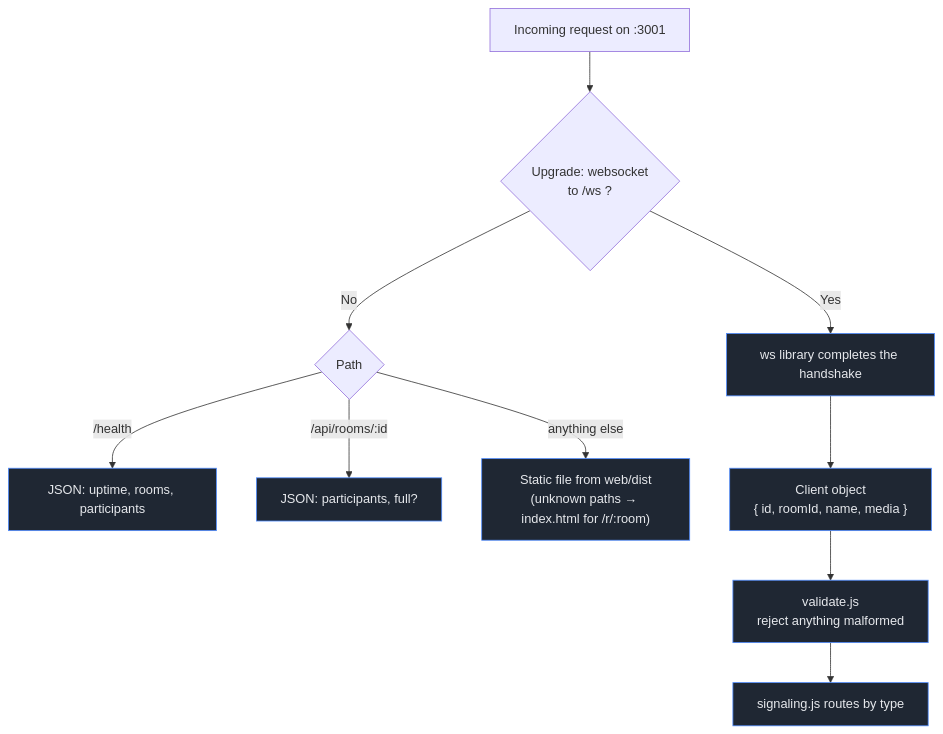
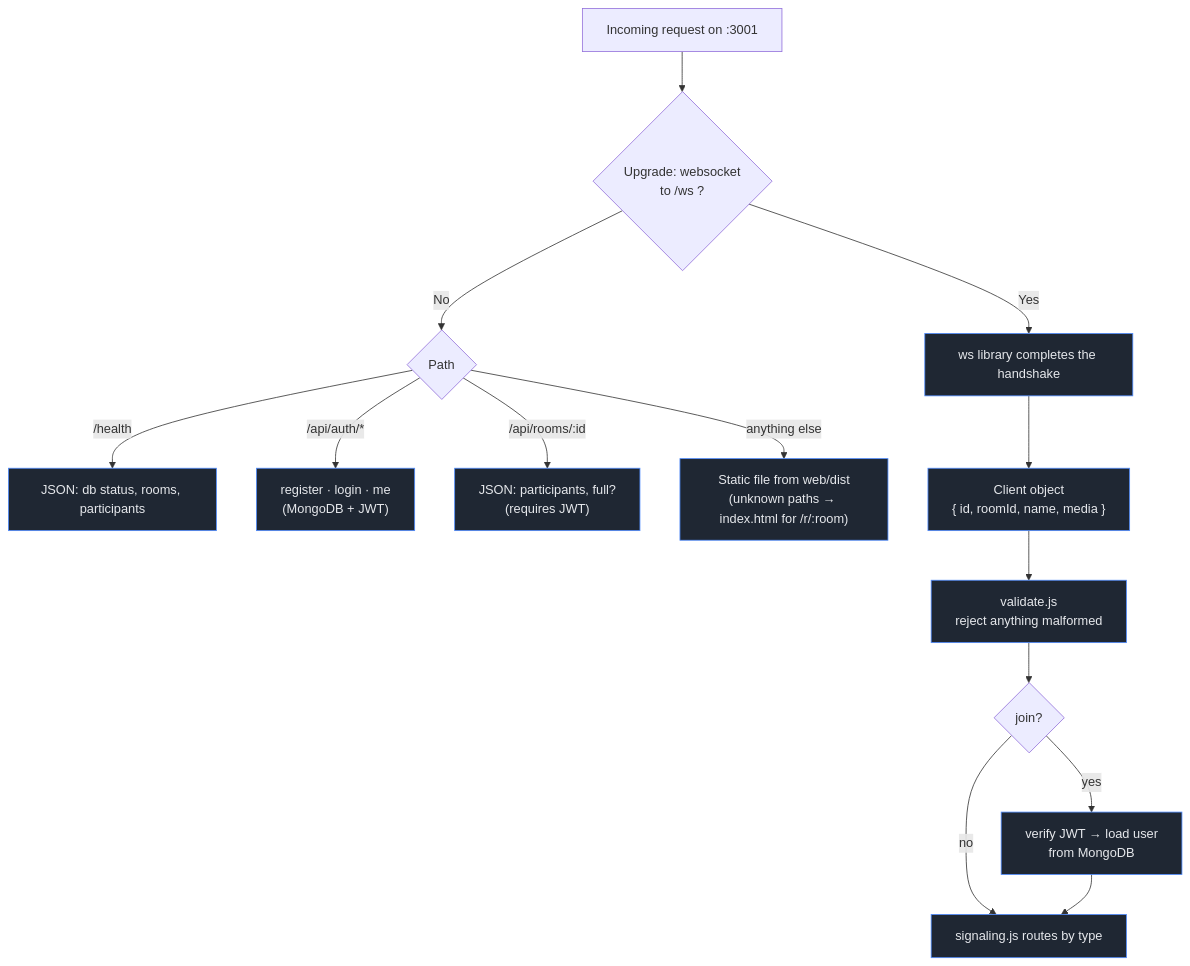
Before and after one commit to HarishVerma-UI/video-call-app: the fifth of 8 diagrams in ARCHITECTURE.md, drawn with Mermaid. The commit also changed other lines of this file and 47 other files, not shown here.

````diff
--- a/ARCHITECTURE.md
+++ b/ARCHITECTURE.md
@@ -118,16 +186,20 @@
 ```mermaid
 flowchart TD
   REQ["Incoming request on :3001"]
   REQ --> Q{"Upgrade: websocket<br/>to /ws ?"}
   Q -->|No| R{"Path"}
-  R -->|"/health"| H["JSON: uptime, rooms, participants"]
-  R -->|"/api/rooms/:id"| API["JSON: participants, full?"]
+  R -->|"/health"| H["JSON: db status, rooms, participants"]
+  R -->|"/api/auth/*"| AU["register · login · me<br/>(MongoDB + JWT)"]
+  R -->|"/api/rooms/:id"| API["JSON: participants, full?<br/>(requires JWT)"]
   R -->|"anything else"| ST["Static file from web/dist<br/>(unknown paths → index.html for /r/:room)"]
   Q -->|Yes| U["ws library completes the handshake"]
   U --> C["Client object<br/>{ id, roomId, name, media }"]
   C --> V["validate.js<br/>reject anything malformed"]
-  V --> ROUTE["signaling.js routes by type"]
+  V --> J{"join?"}
+  J -->|yes| TK["verify JWT → load user<br/>from MongoDB"]
+  J -->|no| ROUTE["signaling.js routes by type"]
+  TK --> ROUTE
 
   classDef s fill:#1f2733,stroke:#4f8cff,color:#e6e8ec;
-  class H,API,ST,U,C,V,ROUTE s;
+  class H,AU,API,ST,U,C,V,TK,ROUTE s;
 ```
````
